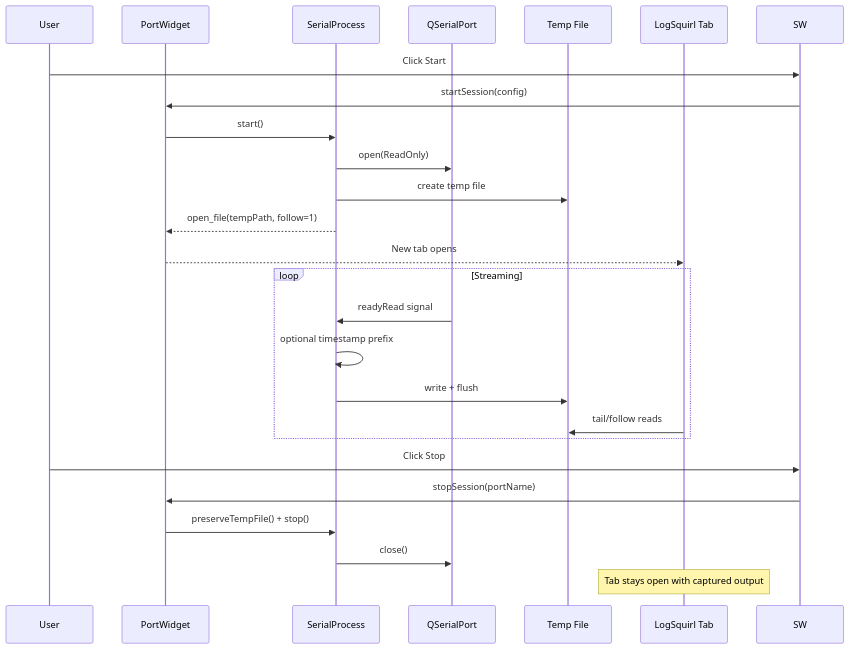
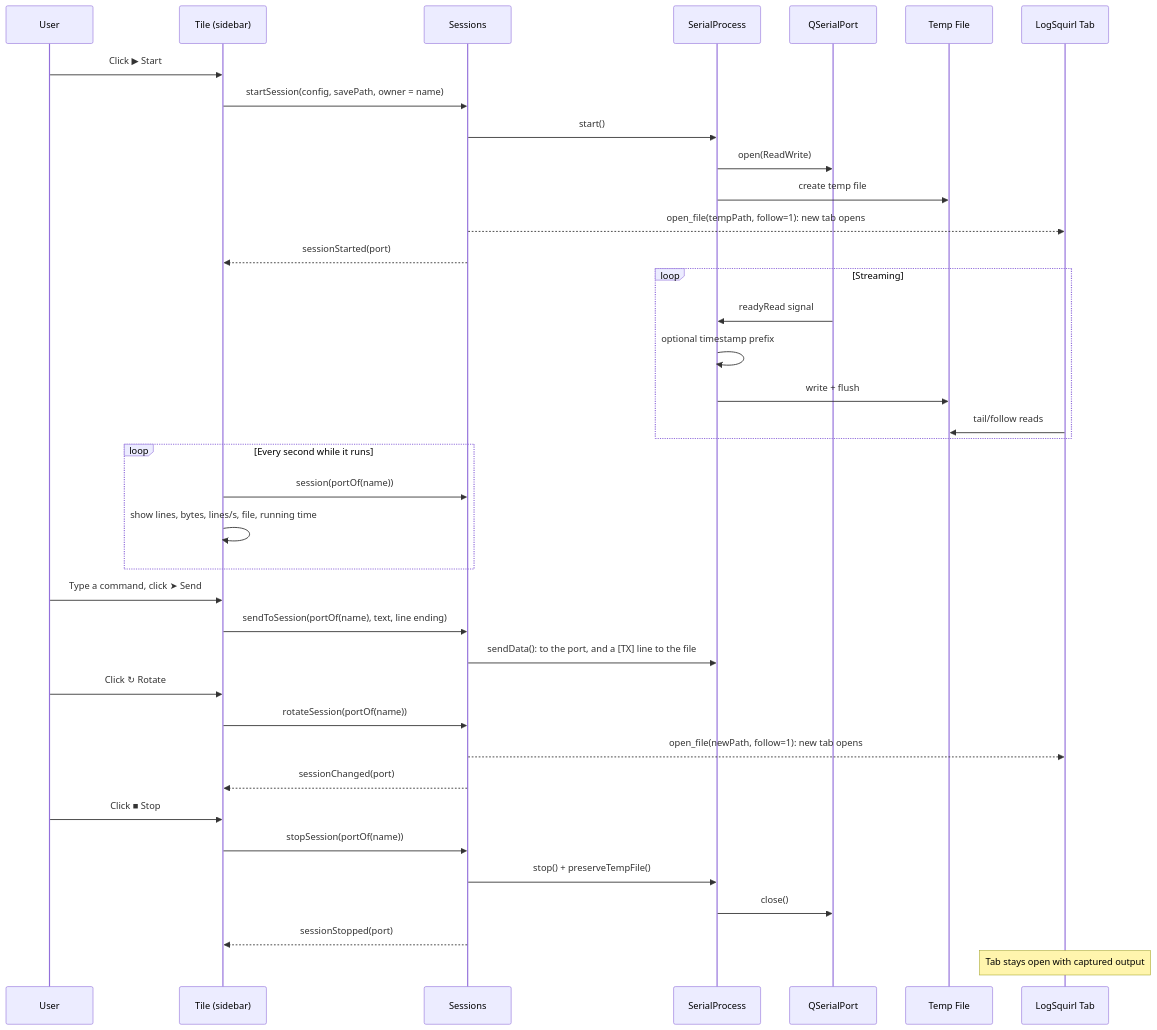
Before and after one commit to 64x-lunicorn/LogSquirl-Serial: the second of 3 diagrams in README.md, drawn with Mermaid. The commit also changed other lines of this file and 31 other files, not shown here.

First line of the commit message:
Saved port configurations as tiles, with live details, Rotate and Send (#54)

````diff
--- a/README.md
+++ b/README.md
@@ -201,28 +283,41 @@
 ```mermaid
 sequenceDiagram
     participant User
-    participant PW as PortWidget
+    participant SW as Tile (sidebar)
+    participant S as Sessions
     participant SP as SerialProcess
     participant Port as QSerialPort
     participant TF as Temp File
     participant LS as LogSquirl Tab
 
-    User->>SW: Click Start
-    SW->>PW: startSession(config)
-    PW->>SP: start()
-    SP->>Port: open(ReadOnly)
+    User->>SW: Click ▶ Start
+    SW->>S: startSession(config, savePath, owner = name)
+    S->>SP: start()
+    SP->>Port: open(ReadWrite)
     SP->>TF: create temp file
-    SP-->>PW: open_file(tempPath, follow=1)
-    PW-->>LS: New tab opens
+    S-->>LS: open_file(tempPath, follow=1): new tab opens
+    S-->>SW: sessionStarted(port)
     loop Streaming
         Port->>SP: readyRead signal
         SP->>SP: optional timestamp prefix
         SP->>TF: write + flush
         LS->>TF: tail/follow reads
     end
-    User->>SW: Click Stop
-    SW->>PW: stopSession(portName)
-    PW->>SP: preserveTempFile() + stop()
+    loop Every second while it runs
+        SW->>S: session(portOf(name))
+        SW->>SW: show lines, bytes, lines/s, file, running time
+    end
+    User->>SW: Type a command, click ➤ Send
+    SW->>S: sendToSession(portOf(name), text, line ending)
+    S->>SP: sendData(): to the port, and a [TX] line to the file
+    User->>SW: Click ↻ Rotate
+    SW->>S: rotateSession(portOf(name))
+    S-->>LS: open_file(newPath, follow=1): new tab opens
+    S-->>SW: sessionChanged(port)
+    User->>SW: Click ■ Stop
+    SW->>S: stopSession(portOf(name))
+    S->>SP: stop() + preserveTempFile()
     SP->>Port: close()
+    S-->>SW: sessionStopped(port)
     Note over LS: Tab stays open with captured output
 ```
````
